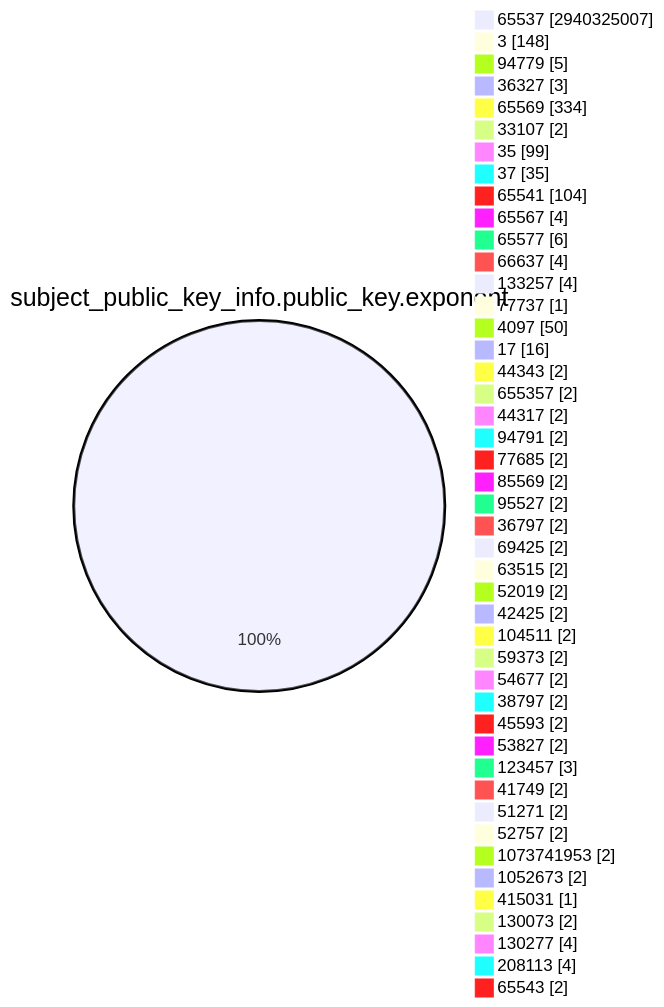
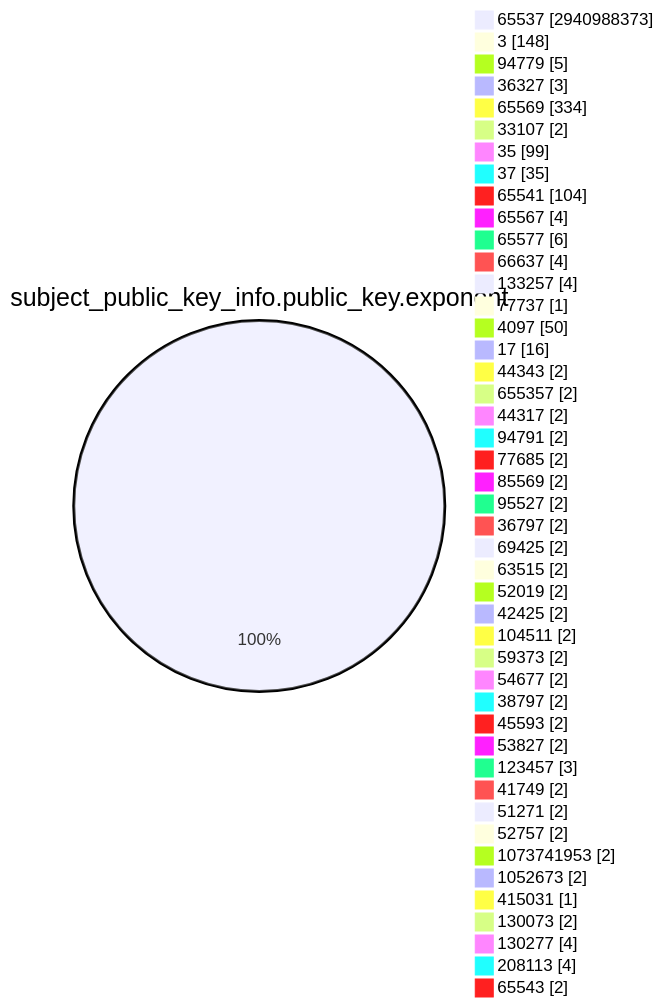
One commit to christiankrug/ctmonitor_visualization changed the fourth of 15 diagrams in TOTAL/README.md. Above: the diagram before and after it, drawn with Mermaid. The commit also changed other lines of this file, not shown here.

````diff
--- a/TOTAL/README.md
+++ b/TOTAL/README.md
@@ -1471,49 +1471,49 @@
 ```mermaid
 pie showData
 title subject_public_key_info.public_key.exponent
-"65537" :2940325007
+"65537" :2940988373
 "3" :148
 "94779" :5
 "36327" :3
 "65569" :334
 "33107" :2
 "35" :99
 "37" :35
 "65541" :104
 "65567" :4
 "65577" :6
 "66637" :4
 "133257" :4
 "77737" :1
 "4097" :50
 "17" :16
 "44343" :2
 "655357" :2
 "44317" :2
 "94791" :2
 "77685" :2
 "85569" :2
 "95527" :2
 "36797" :2
 "69425" :2
 "63515" :2
 "52019" :2
 "42425" :2
 "104511" :2
 "59373" :2
 "54677" :2
 "38797" :2
 "45593" :2
 "53827" :2
 "123457" :3
 "41749" :2
 "51271" :2
 "52757" :2
 "1073741953" :2
 "1052673" :2
 "415031" :1
 "130073" :2
 "130277" :4
 "208113" :4
 "65543" :2
 ```
````
